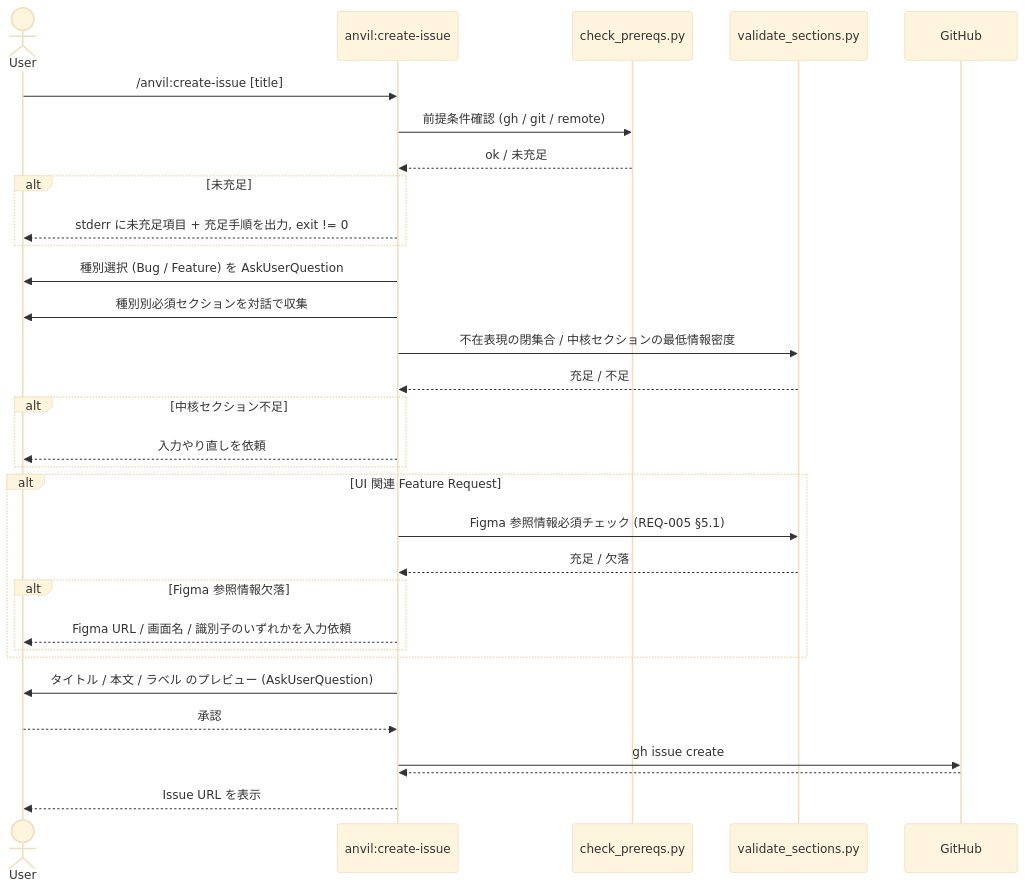
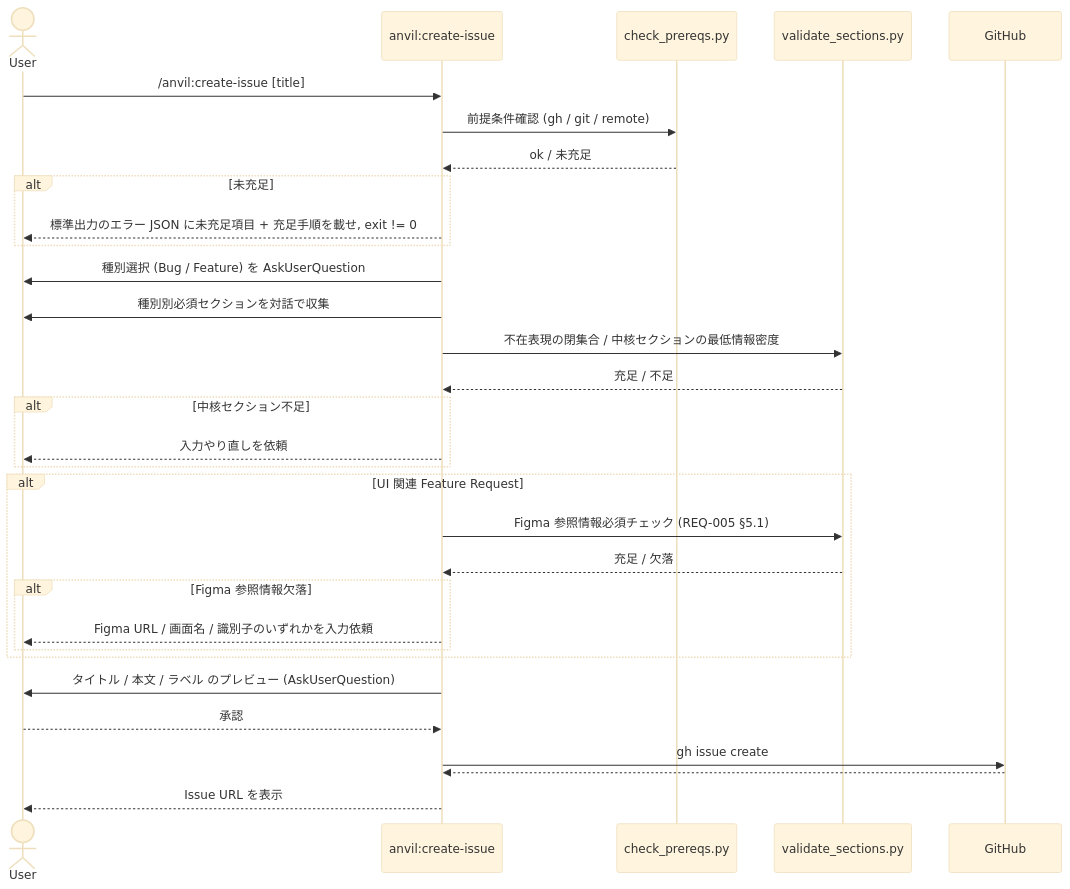
One commit to BlueEventHorizon/bw-cc-plugins changed the third of 6 diagrams in docs/specs/anvil/design/DES-025_issue_driven_flow_design.md. Above: the diagram before and after it, drawn with Mermaid (base theme). The commit also changed other lines of this file and 4 other files, not shown here.

````diff
--- a/docs/specs/anvil/design/DES-025_issue_driven_flow_design.md
+++ b/docs/specs/anvil/design/DES-025_issue_driven_flow_design.md
@@ -212,33 +212,33 @@
 ```mermaid
 sequenceDiagram
     actor User
     participant CI as anvil:create-issue
     participant Pre as check_prereqs.py
     participant Val as validate_sections.py
     participant GH as GitHub
     User ->> CI: /anvil:create-issue [title]
     CI ->> Pre: 前提条件確認 (gh / git / remote)
     Pre -->> CI: ok / 未充足
     alt 未充足
-        CI -->> User: stderr に未充足項目 + 充足手順を出力, exit != 0
+        CI -->> User: 標準出力のエラー JSON に未充足項目 + 充足手順を載せ, exit != 0
     end
     CI ->> User: 種別選択 (Bug / Feature) を AskUserQuestion
     CI ->> User: 種別別必須セクションを対話で収集
     CI ->> Val: 不在表現の閉集合 / 中核セクションの最低情報密度
     Val -->> CI: 充足 / 不足
     alt 中核セクション不足
         CI -->> User: 入力やり直しを依頼
     end
     alt UI 関連 Feature Request
         CI ->> Val: Figma 参照情報必須チェック (REQ-005 §5.1)
         Val -->> CI: 充足 / 欠落
         alt Figma 参照情報欠落
             CI -->> User: Figma URL / 画面名 / 識別子のいずれかを入力依頼
         end
     end
     CI ->> User: タイトル / 本文 / ラベル のプレビュー (AskUserQuestion)
     User -->> CI: 承認
     CI ->> GH: gh issue create
     GH -->> CI: #N
     CI -->> User: Issue URL を表示
 ```
````
